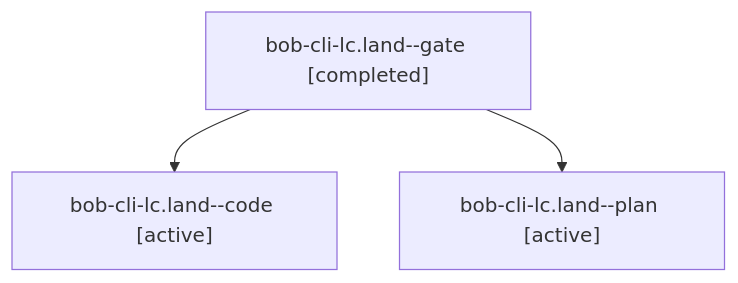
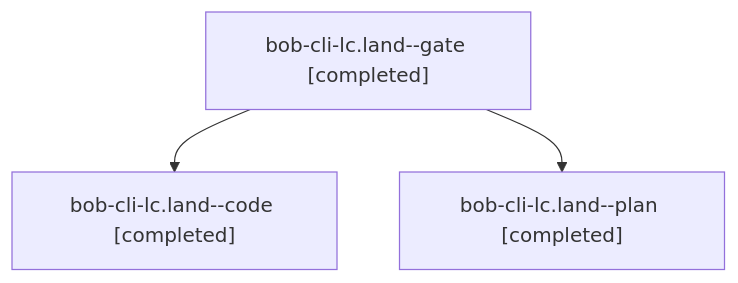
One commit to bobs-org/bob-cli--agents changed the diagram in sessions/bbugyi200.athena.bob-cli-lc.land.md. Above: the diagram before and after it, drawn with Mermaid. The commit also changed other lines of this file and 25 other files, not shown here.

````diff
--- a/sessions/bbugyi200.athena.bob-cli-lc.land.md
+++ b/sessions/bbugyi200.athena.bob-cli-lc.land.md
@@ -9,8 +9,8 @@
 ```mermaid
 flowchart TD
   n0["bob-cli-lc.land--gate [completed]"]
-  n1["bob-cli-lc.land--code [active]"]
+  n1["bob-cli-lc.land--code [completed]"]
   n0 --> n1
-  n2["bob-cli-lc.land--plan [active]"]
+  n2["bob-cli-lc.land--plan [completed]"]
   n0 --> n2
 ```
````
